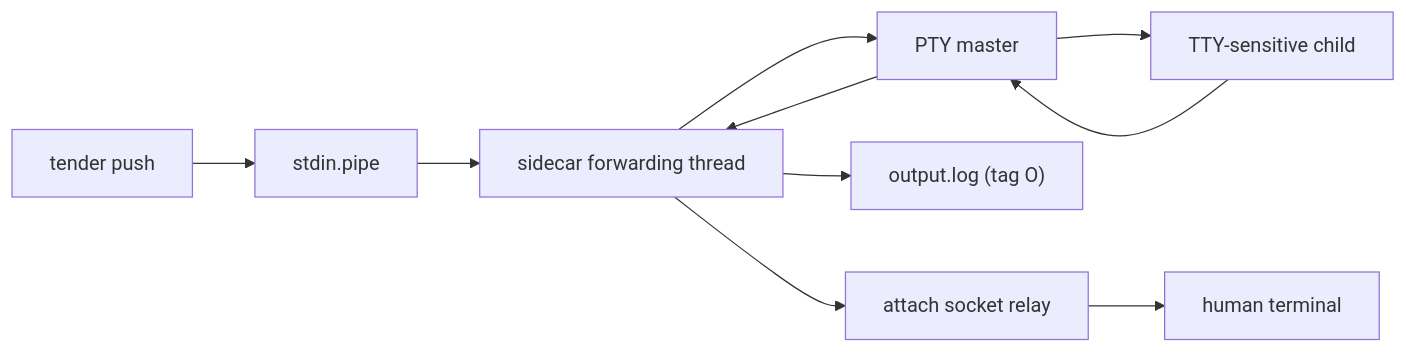
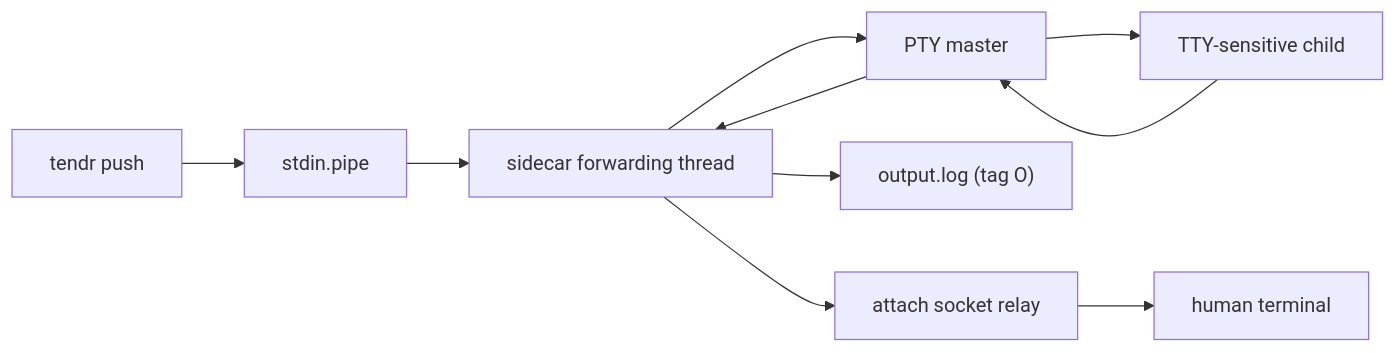
One commit to grumpydevorg/agenttender changed the second of 2 diagrams in docs/architecture/04-pty-lane.md. Above: the diagram before and after it, drawn with Mermaid. The commit also changed other lines of this file and 126 other files, not shown here.

First line of the commit message:
refactor!: rename tender to tendr

````diff
--- a/docs/architecture/04-pty-lane.md
+++ b/docs/architecture/04-pty-lane.md
@@ -35,12 +35,12 @@
 ```mermaid
 flowchart LR
-    Push["tender push"] --> FIFO["stdin.pipe"]
+    Push["tendr push"] --> FIFO["stdin.pipe"]
     FIFO --> Sidecar["sidecar forwarding thread"]
     Sidecar --> PTY["PTY master"]
     PTY --> Child["TTY-sensitive child"]
     Child --> PTY
     PTY --> Sidecar
     Sidecar --> Log["output.log (tag O)"]
     Sidecar --> Attach["attach socket relay"]
     Attach --> Human["human terminal"]
 ```
````
